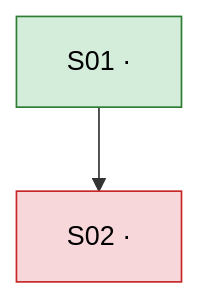
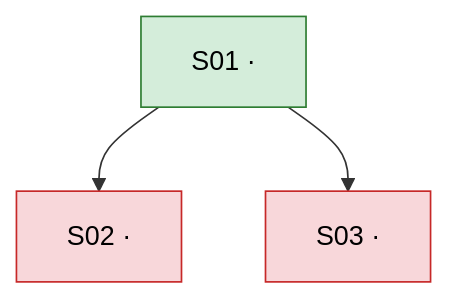
Before and after one commit to phatnguyen975/agenix: the diagram in skills/work-breakdown-planning/assets/slice-plan-template.md, drawn with Mermaid. The commit also changed other lines of this file and 8 other files, not shown here.

````diff
--- a/skills/work-breakdown-planning/assets/slice-plan-template.md
+++ b/skills/work-breakdown-planning/assets/slice-plan-template.md
@@ -65,12 +63,15 @@
 ```mermaid
 flowchart TD
     S01["S01 · <Title>"]
     S02["S02 · <Title>"]
+    S03["S03 · <Title>"]
     S01 --> S02
+    S01 --> S03
     classDef ready fill:#d4edda,stroke:#2e7d32,color:#000
     classDef blocked fill:#f8d7da,stroke:#c62828,color:#000
     classDef inProgress fill:#fff3cd,stroke:#b8860b,color:#000
     classDef done fill:#d1e7ff,stroke:#1565c0,color:#000
     class S01 ready
     class S02 blocked
+    class S03 blocked
 ```
````
